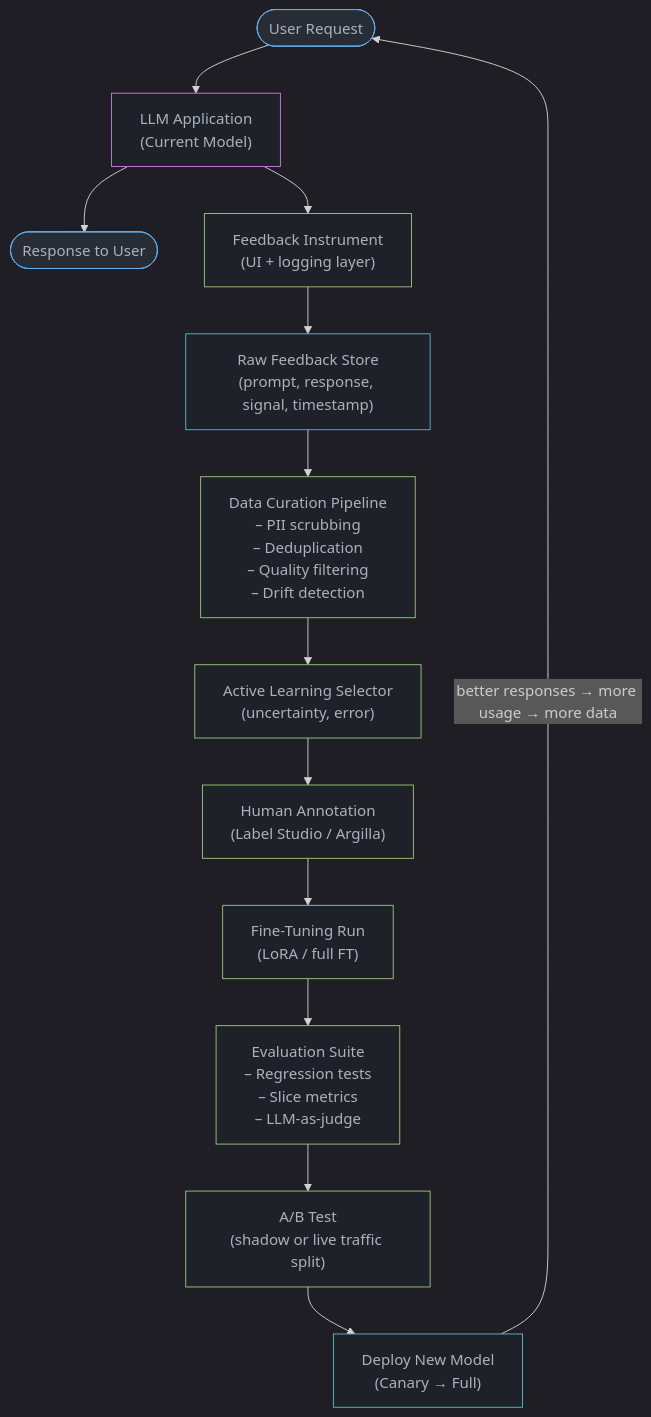
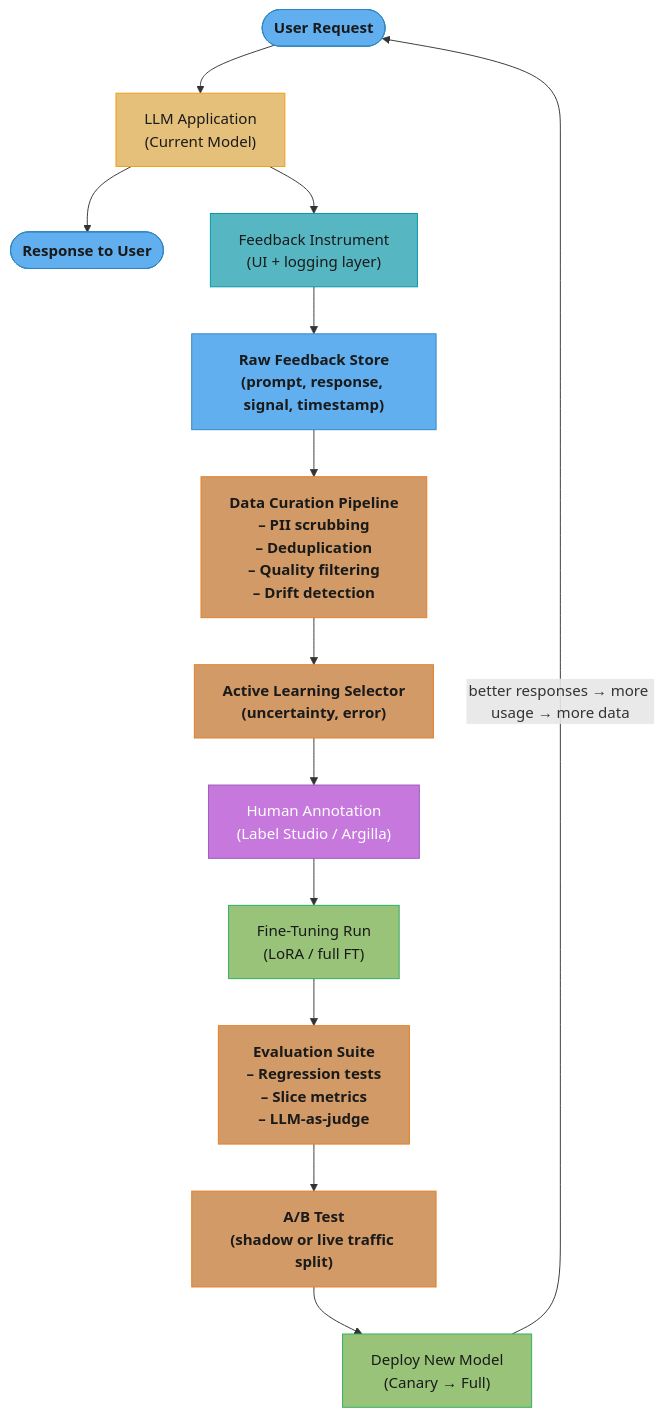
One commit to rppol/system-design changed the first of 4 diagrams in src/main/java/com/rutik/systemdesign/llm/data_flywheels_and_continuous_learning/README.md. Above: the diagram before and after it, drawn with Mermaid. The commit also changed other lines of this file and 88 other files, not shown here.

````diff
--- a/src/main/java/com/rutik/systemdesign/llm/data_flywheels_and_continuous_learning/README.md
+++ b/src/main/java/com/rutik/systemdesign/llm/data_flywheels_and_continuous_learning/README.md
@@ -113,27 +113,30 @@
 ```mermaid
-%%{init: {'flowchart': {'curve': 'basis'}, 'theme': 'dark'}}%%
 flowchart TD
+    classDef io      fill:#61afef,stroke:#2e86c1,color:#1a1a1a,font-weight:bold
+    classDef frozen  fill:#c678dd,stroke:#9b59b6,color:#fff
+    classDef train   fill:#98c379,stroke:#27ae60,color:#1a1a1a
+    classDef mathOp  fill:#d19a66,stroke:#e67e22,color:#1a1a1a,font-weight:bold
+    classDef lossN   fill:#e06c75,stroke:#c0392b,color:#fff,font-weight:bold
+    classDef req     fill:#56b6c2,stroke:#0097a7,color:#1a1a1a
+    classDef base    fill:#e5c07b,stroke:#f39c12,color:#1a1a1a
+
     User([User Request]) --> App
     App["LLM Application\n(Current Model)"] --> Response([Response to User])
     App --> Feedback["Feedback Instrument\n(UI + logging layer)"]
     Feedback --> Store["Raw Feedback Store\n(prompt, response, signal, timestamp)"]
     Store --> Curation["Data Curation Pipeline\n– PII scrubbing\n– Deduplication\n– Quality filtering\n– Drift detection"]
     Curation --> AL["Active Learning Selector\n(uncertainty, error)"]
     AL --> Annotate["Human Annotation\n(Label Studio / Argilla)"]
     Annotate --> FT["Fine-Tuning Run\n(LoRA / full FT)"]
     FT --> Eval["Evaluation Suite\n– Regression tests\n– Slice metrics\n– LLM-as-judge"]
     Eval --> AB["A/B Test\n(shadow or live traffic split)"]
     AB --> Deploy["Deploy New Model\n(Canary → Full)"]
     Deploy -- "better responses → more usage → more data" --> User
 
-    classDef io     fill:#282c34,stroke:#61afef,color:#abb2bf
-    classDef proc   fill:#1e2127,stroke:#98c379,color:#abb2bf
-    classDef llm    fill:#1e2127,stroke:#c678dd,color:#abb2bf
-    classDef store  fill:#1e2127,stroke:#56b6c2,color:#abb2bf
-
-    class User,Response io
-    class App llm
-    class Feedback,Curation,AL,FT,Eval,AB proc
-    class Store,Deploy store
-    class Annotate proc
+    class User,Response,Store io
+    class App base
+    class Feedback req
+    class Curation,AL,Eval,AB mathOp
+    class Annotate frozen
+    class FT,Deploy train
 ```
````
